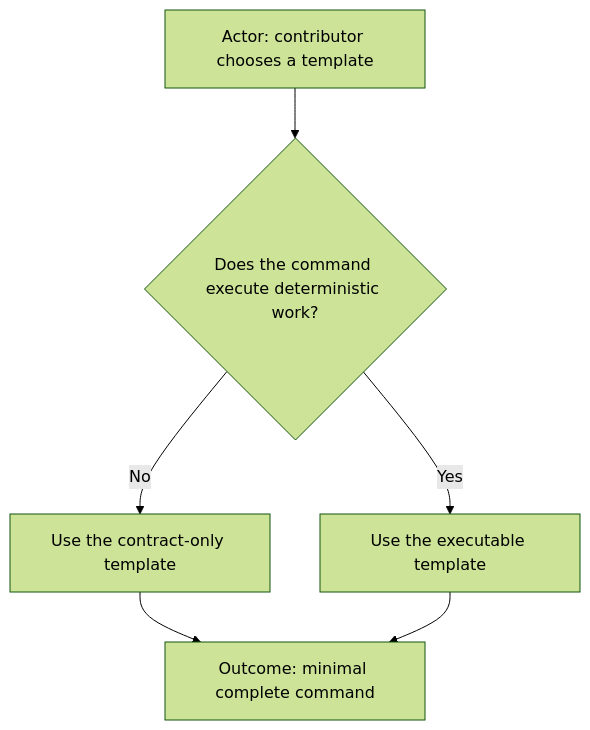
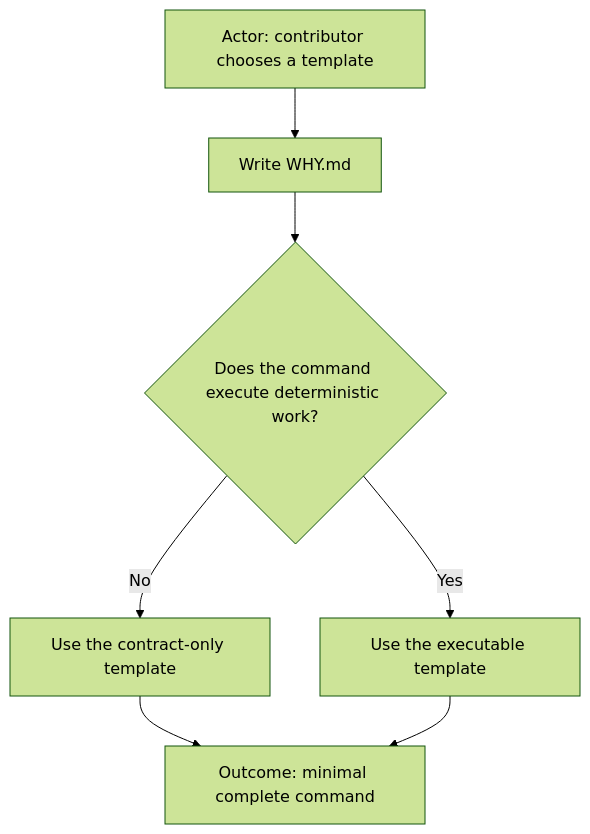
Before and after one commit to starodubtsevconsulting/ai-commands: the fourth of 16 diagrams in CONTRIBUTING.md, drawn with Mermaid (forest theme). The commit also changed other lines of this file, not shown here.

Commit message:
Add WHY.md to command folder convention

````diff
--- a/CONTRIBUTING.md
+++ b/CONTRIBUTING.md
@@ -62,9 +65,10 @@
 ```mermaid
 flowchart TD
   Actor["Actor: contributor chooses a template"]
-  Actor --> Decision{"Does the command execute deterministic work?"}
+  Actor --> Why["Write WHY.md"]
+  Why --> Decision{"Does the command execute deterministic work?"}
   Decision -->|No| Contract["Use the contract-only template"]
   Decision -->|Yes| Executable["Use the executable template"]
   Contract --> Outcome["Outcome: minimal complete command"]
   Executable --> Outcome
 ```
````
